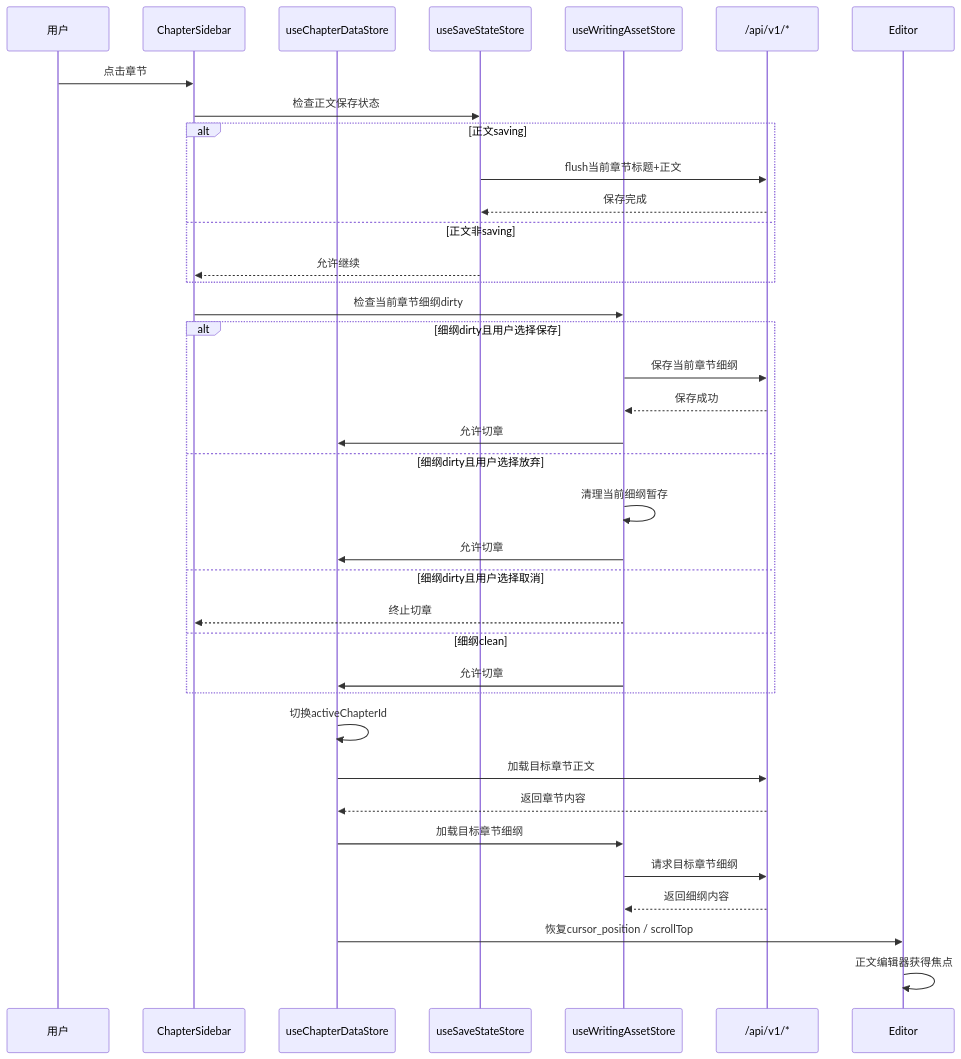
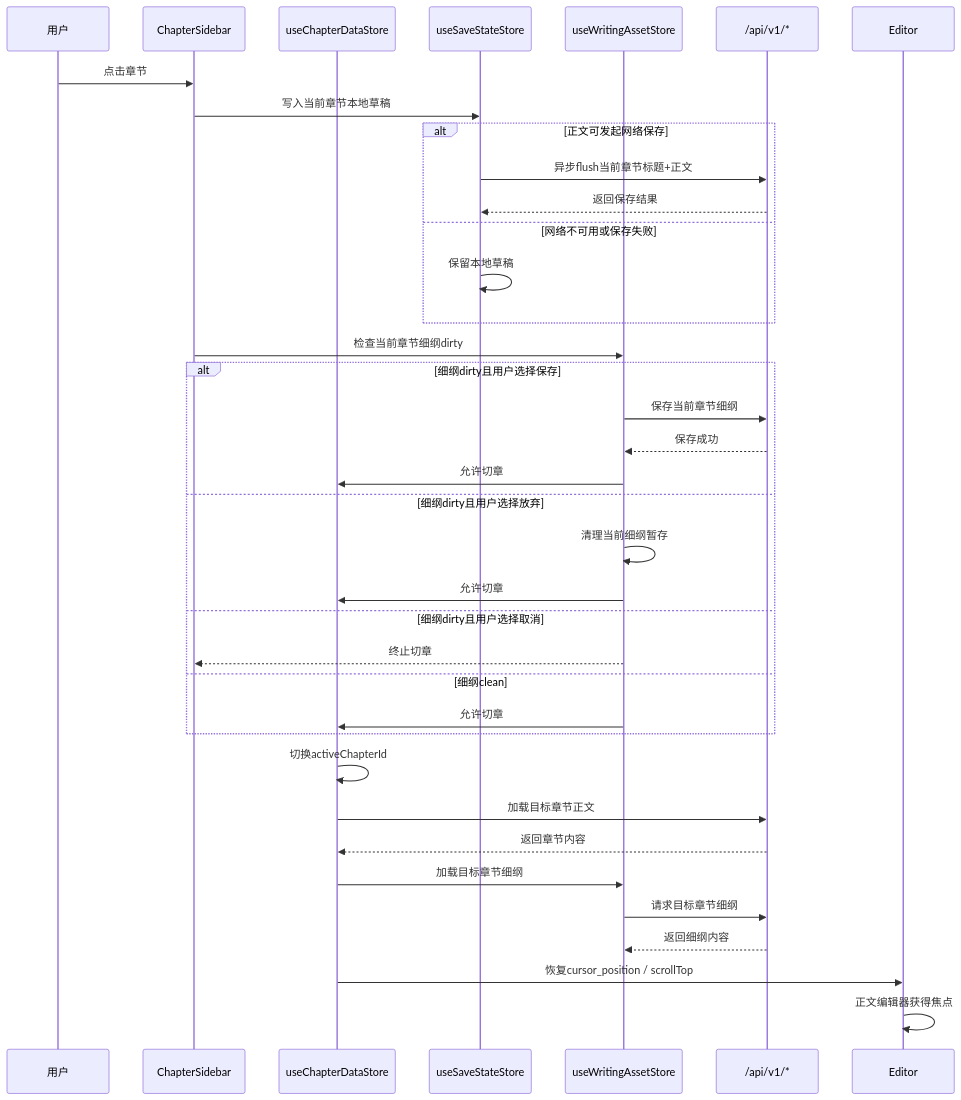
The fifth of 7 diagrams in docs/03_design/InkTrace-V1.1-界面与交互设计文档.md (octsfm/InkTrace), drawn with Mermaid before and after one commit. The commit also changed other lines of this file and 1 other file, not shown here.

````diff
--- a/docs/03_design/InkTrace-V1.1-界面与交互设计文档.md
+++ b/docs/03_design/InkTrace-V1.1-界面与交互设计文档.md
@@ -1108,44 +1113,44 @@
 ```mermaid
 sequenceDiagram
     participant User as 用户
     participant Sidebar as ChapterSidebar
     participant ChapterStore as useChapterDataStore
     participant SaveStore as useSaveStateStore
     participant AssetStore as useWritingAssetStore
     participant API as /api/v1/*
     participant Editor as Editor
 
     User->>Sidebar: 点击章节
-    Sidebar->>SaveStore: 检查正文保存状态
+    Sidebar->>SaveStore: 写入当前章节本地草稿
 
-    alt 正文saving
-        SaveStore->>API: flush当前章节标题+正文
-        API-->>SaveStore: 保存完成
-    else 正文非saving
-        SaveStore-->>Sidebar: 允许继续
+    alt 正文可发起网络保存
+        SaveStore->>API: 异步flush当前章节标题+正文
+        API-->>SaveStore: 返回保存结果
+    else 网络不可用或保存失败
+        SaveStore->>SaveStore: 保留本地草稿
     end
 
     Sidebar->>AssetStore: 检查当前章节细纲dirty
 
     alt 细纲dirty且用户选择保存
         AssetStore->>API: 保存当前章节细纲
         API-->>AssetStore: 保存成功
         AssetStore->>ChapterStore: 允许切章
     else 细纲dirty且用户选择放弃
         AssetStore->>AssetStore: 清理当前细纲暂存
         AssetStore->>ChapterStore: 允许切章
     else 细纲dirty且用户选择取消
         AssetStore-->>Sidebar: 终止切章
     else 细纲clean
         AssetStore->>ChapterStore: 允许切章
     end
 
     ChapterStore->>ChapterStore: 切换activeChapterId
     ChapterStore->>API: 加载目标章节正文
     API-->>ChapterStore: 返回章节内容
     ChapterStore->>AssetStore: 加载目标章节细纲
     AssetStore->>API: 请求目标章节细纲
     API-->>AssetStore: 返回细纲内容
     ChapterStore->>Editor: 恢复cursor_position / scrollTop
     Editor->>Editor: 正文编辑器获得焦点
 ```
````
